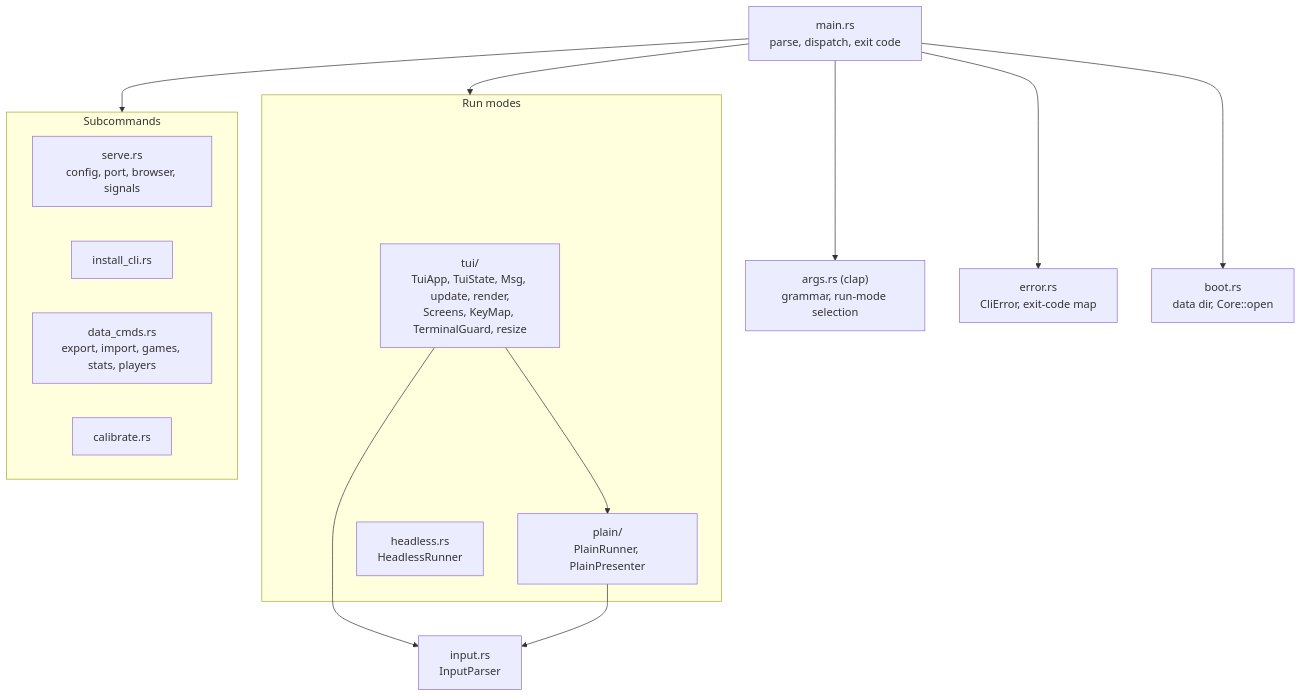
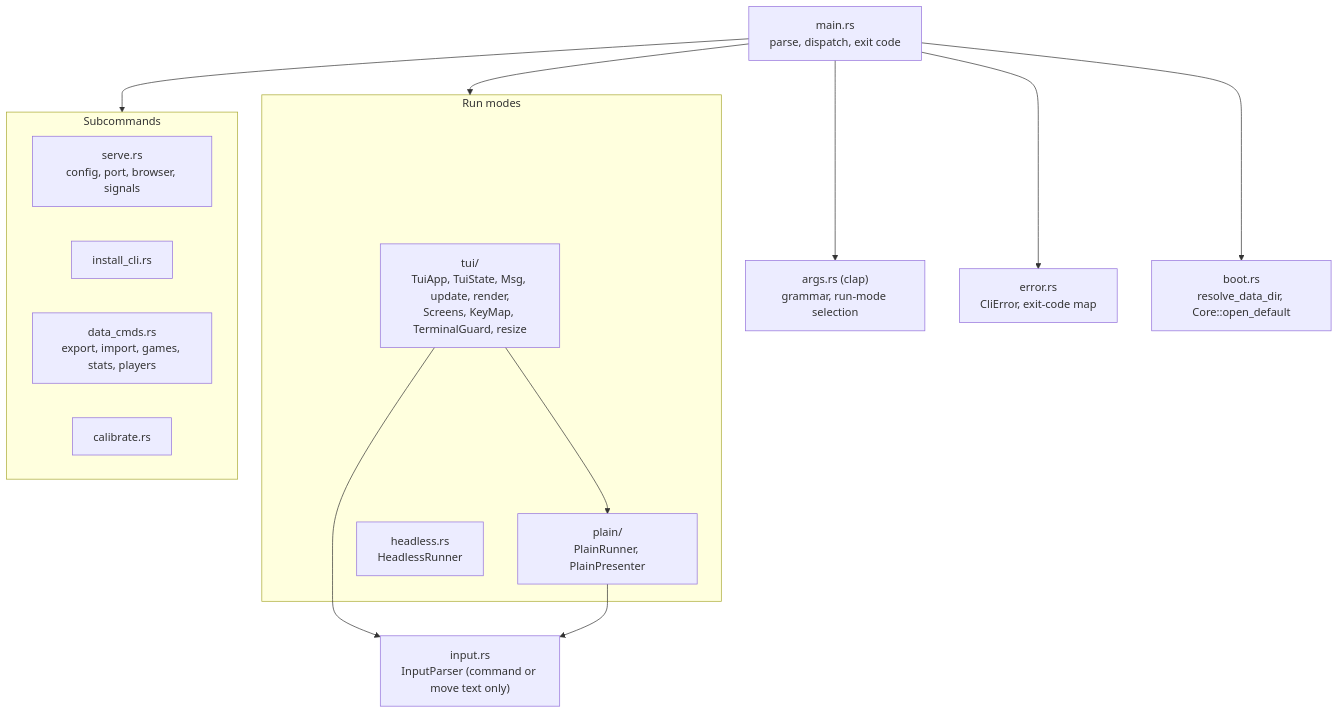
One commit to bprascher/chess changed the second of 7 diagrams in docs/design/SDD-chess-cli.md. Above: the diagram before and after it, drawn with Mermaid. The commit also changed other lines of this file and 17 other files, not shown here.

First line of the commit message:
Apply architecture addendum B and C to the SDDs and add the v0.4 consistency pass

````diff
--- a/docs/design/SDD-chess-cli.md
+++ b/docs/design/SDD-chess-cli.md
@@ -101,27 +103,27 @@
 ```mermaid
 flowchart TB
     main["main.rs<br/>parse, dispatch, exit code"]
     args["args.rs (clap)<br/>grammar, run-mode selection"]
     err["error.rs<br/>CliError, exit-code map"]
-    boot["boot.rs<br/>data dir, Core::open"]
+    boot["boot.rs<br/>resolve_data_dir, Core::open_default"]
     subgraph modes["Run modes"]
         tui["tui/<br/>TuiApp, TuiState, Msg, update, render,<br/>Screens, KeyMap, TerminalGuard, resize"]
         plain["plain/<br/>PlainRunner, PlainPresenter"]
         head["headless.rs<br/>HeadlessRunner"]
     end
-    input["input.rs<br/>InputParser"]
+    input["input.rs<br/>InputParser (command or move text only)"]
     subgraph cmds["Subcommands"]
         serve["serve.rs<br/>config, port, browser, signals"]
         inst["install_cli.rs"]
         data["data_cmds.rs<br/>export, import, games, stats, players"]
         calib["calibrate.rs"]
     end
     main --> args
     main --> boot
     main --> err
     main --> modes
     main --> cmds
     tui --> input
     plain --> input
     tui --> plain
 ```
````
